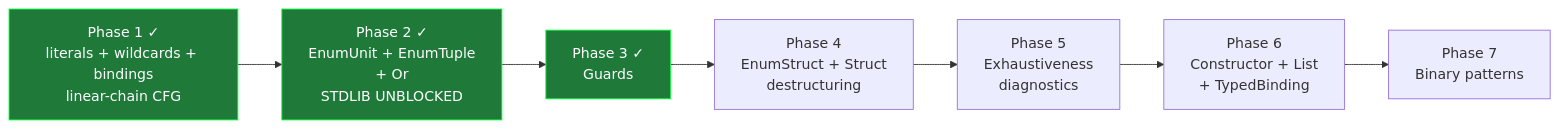
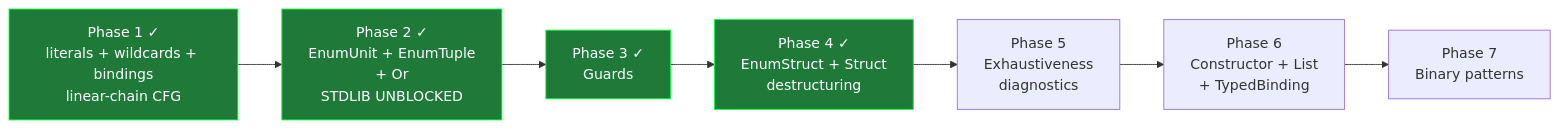
The diagram in design/ALPHA-MATCH-PLAN.md (koja-lang/koja), drawn with Mermaid before and after one commit. The commit also changed other lines of this file and 10 other files, not shown here.

````diff
--- a/design/ALPHA-MATCH-PLAN.md
+++ b/design/ALPHA-MATCH-PLAN.md
@@ -273,12 +291,13 @@
 ```mermaid
 graph LR
     p1[Phase 1 ✓<br/>literals + wildcards + bindings<br/>linear-chain CFG] --> p2[Phase 2 ✓<br/>EnumUnit + EnumTuple<br/>+ Or<br/>STDLIB UNBLOCKED]
     p2 --> p3[Phase 3 ✓<br/>Guards]
-    p3 --> p4[Phase 4<br/>EnumStruct + Struct<br/>destructuring]
+    p3 --> p4[Phase 4 ✓<br/>EnumStruct + Struct<br/>destructuring]
     p4 --> p5[Phase 5<br/>Exhaustiveness<br/>diagnostics]
     p5 --> p6[Phase 6<br/>Constructor + List<br/>+ TypedBinding]
     p6 --> p7[Phase 7<br/>Binary patterns]
     style p1 fill:#1f7a3a,stroke:#0f3,color:#fff
     style p2 fill:#1f7a3a,stroke:#0f3,color:#fff
     style p3 fill:#1f7a3a,stroke:#0f3,color:#fff
+    style p4 fill:#1f7a3a,stroke:#0f3,color:#fff
 ```
````
